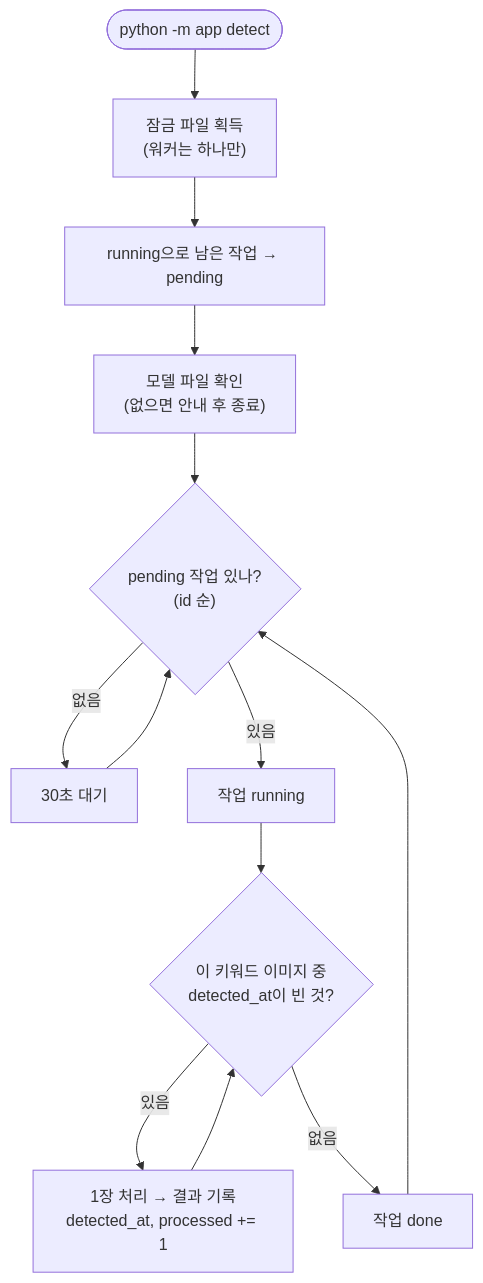
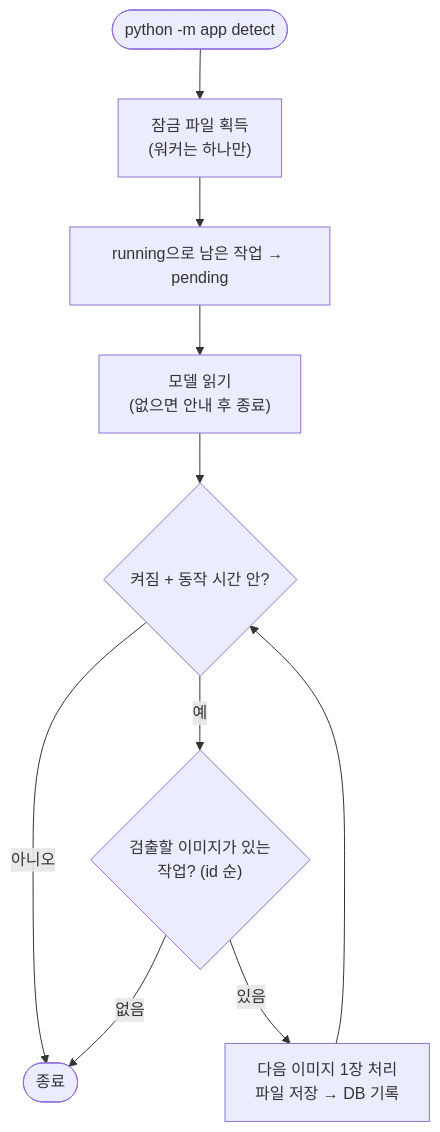
One commit to Sookyeong0505/image_collector changed the fifth of 5 diagrams in docs/DETECTION_SPEC.md. Above: the diagram before and after it, drawn with Mermaid. The commit also changed other lines of this file and 19 other files, not shown here.

````diff
--- a/docs/DETECTION_SPEC.md
+++ b/docs/DETECTION_SPEC.md
@@ -157,13 +208,12 @@
 ```mermaid
 flowchart TD
     ST(["python -m app detect"]) --> LK["잠금 파일 획득<br/>(워커는 하나만)"]
     LK --> RC["running으로 남은 작업 → pending"]
-    RC --> MD["모델 파일 확인<br/>(없으면 안내 후 종료)"]
-    MD --> PK{"pending 작업 있나?<br/>(id 순)"}
-    PK -->|없음| SL["30초 대기"] --> PK
-    PK -->|있음| RN["작업 running"]
-    RN --> NX{"이 키워드 이미지 중<br/>detected_at이 빈 것?"}
-    NX -->|있음| ONE["1장 처리 → 결과 기록<br/>detected_at, processed += 1"]
-    ONE --> NX
-    NX -->|없음| DN["작업 done"] --> PK
+    RC --> MD["모델 읽기<br/>(없으면 안내 후 종료)"]
+    MD --> OK{"켜짐 + 동작 시간 안?"}
+    OK -->|아니오| END(["종료"])
+    OK -->|예| PK{"검출할 이미지가 있는<br/>작업? (id 순)"}
+    PK -->|없음| END
+    PK -->|있음| ONE["다음 이미지 1장 처리<br/>파일 저장 → DB 기록"]
+    ONE --> OK
 ```
````
